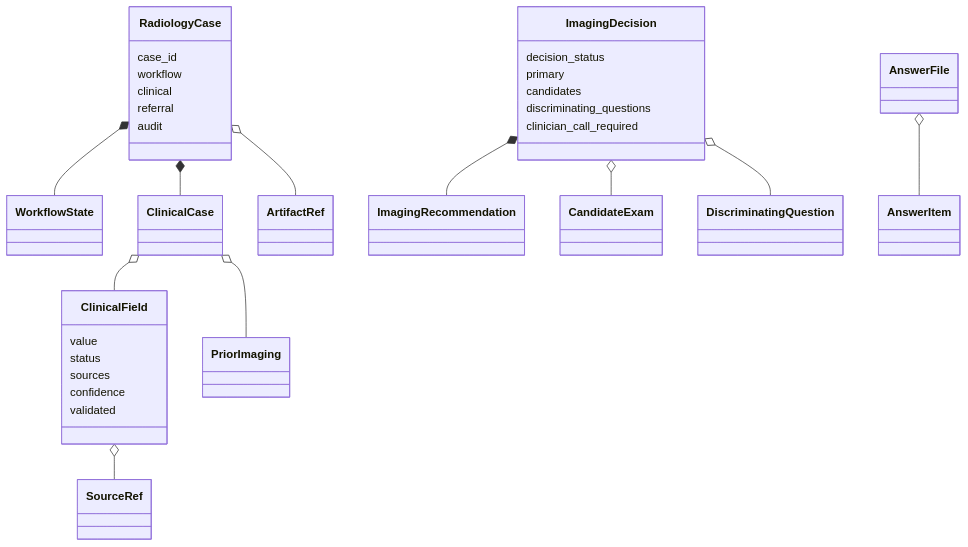
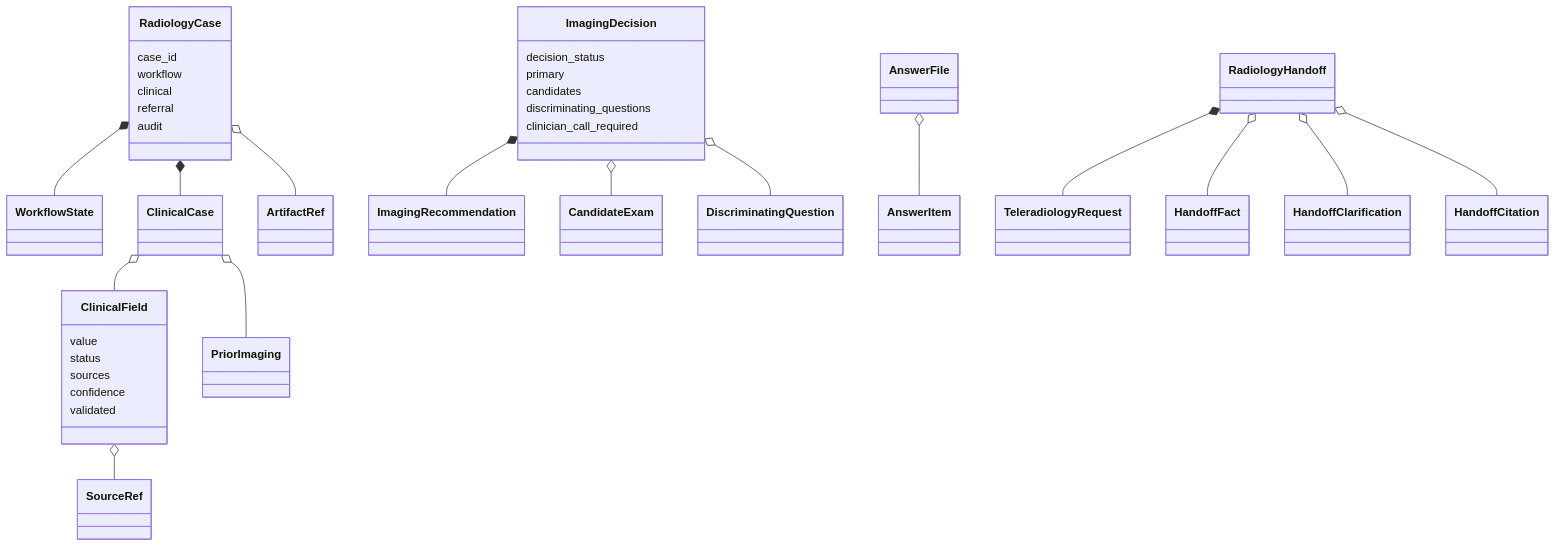
The first of 2 diagrams in docs/data-model.md (Thibescobar/bulkinout), drawn with Mermaid before and after one commit. The commit also changed other lines of this file and 50 other files, not shown here.

Commit message:
Add interactive clarification and radiology handoff

````diff
--- a/docs/data-model.md
+++ b/docs/data-model.md
@@ -7,35 +7,39 @@
 ```mermaid
 classDiagram
     RadiologyCase *-- WorkflowState
     RadiologyCase *-- ClinicalCase
     RadiologyCase o-- ArtifactRef
     ClinicalCase o-- ClinicalField
     ClinicalCase o-- PriorImaging
     ClinicalField o-- SourceRef
     ImagingDecision *-- ImagingRecommendation
     ImagingDecision o-- CandidateExam
     ImagingDecision o-- DiscriminatingQuestion
     AnswerFile o-- AnswerItem
+    RadiologyHandoff *-- TeleradiologyRequest
+    RadiologyHandoff o-- HandoffFact
+    RadiologyHandoff o-- HandoffClarification
+    RadiologyHandoff o-- HandoffCitation
 
     class RadiologyCase {
         case_id
         workflow
         clinical
         referral
         audit
     }
     class ClinicalField {
         value
         status
         sources
         confidence
         validated
     }
     class ImagingDecision {
         decision_status
         primary
         candidates
         discriminating_questions
         clinician_call_required
     }
 ```
````
